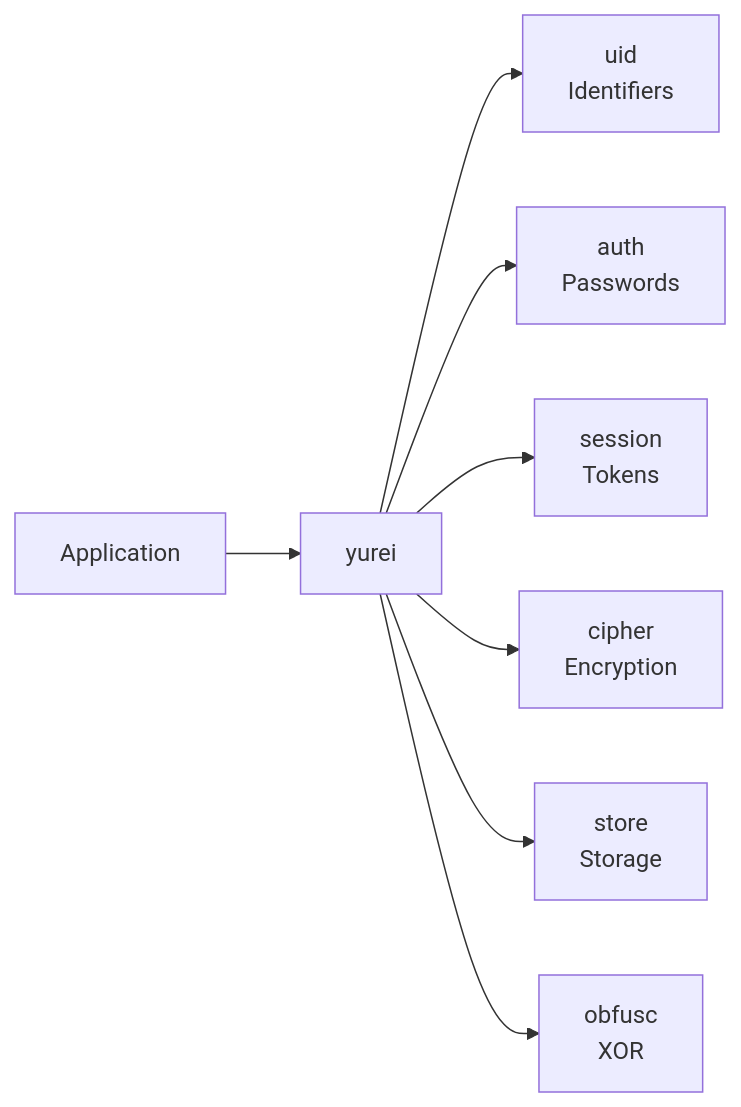
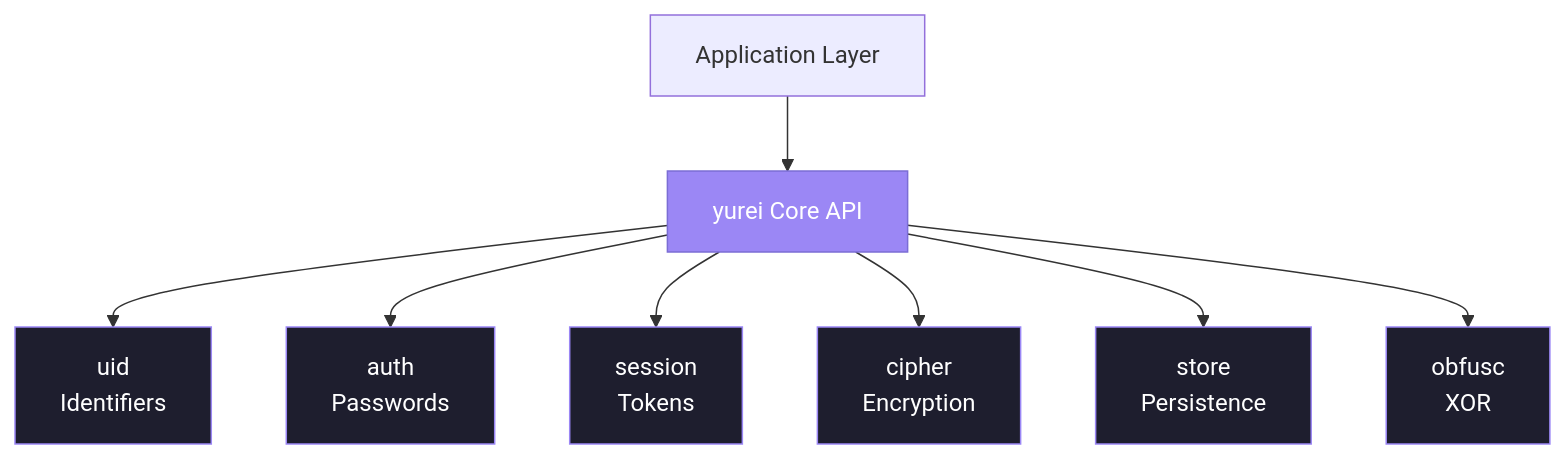
One commit to ogkae/yurei changed the first of 3 diagrams in README.md. Above: the diagram before and after it, drawn with Mermaid. The commit also changed other lines of this file, not shown here.

````diff
--- a/README.md
+++ b/README.md
@@ -42,10 +64,18 @@
 ```mermaid
-graph LR
-    A[Application] --> B[yurei]
+graph TB
+    A[Application Layer] --> B[yurei Core API]
     B --> C[uid<br/>Identifiers]
     B --> D[auth<br/>Passwords]
     B --> E[session<br/>Tokens]
     B --> F[cipher<br/>Encryption]
-    B --> G[store<br/>Storage]
+    B --> G[store<br/>Persistence]
     B --> H[obfusc<br/>XOR]
+    
+    style B fill:#9b87f5,stroke:#7b6dd5,color:#fff
+    style C fill:#1e1e2e,stroke:#9b87f5,color:#fff
+    style D fill:#1e1e2e,stroke:#9b87f5,color:#fff
+    style E fill:#1e1e2e,stroke:#9b87f5,color:#fff
+    style F fill:#1e1e2e,stroke:#9b87f5,color:#fff
+    style G fill:#1e1e2e,stroke:#9b87f5,color:#fff
+    style H fill:#1e1e2e,stroke:#9b87f5,color:#fff
 ```
````
